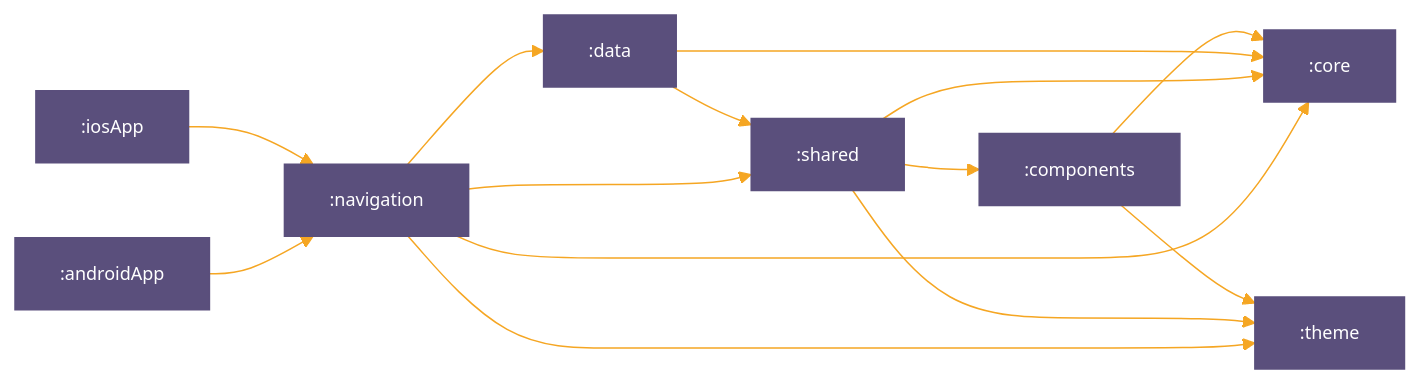
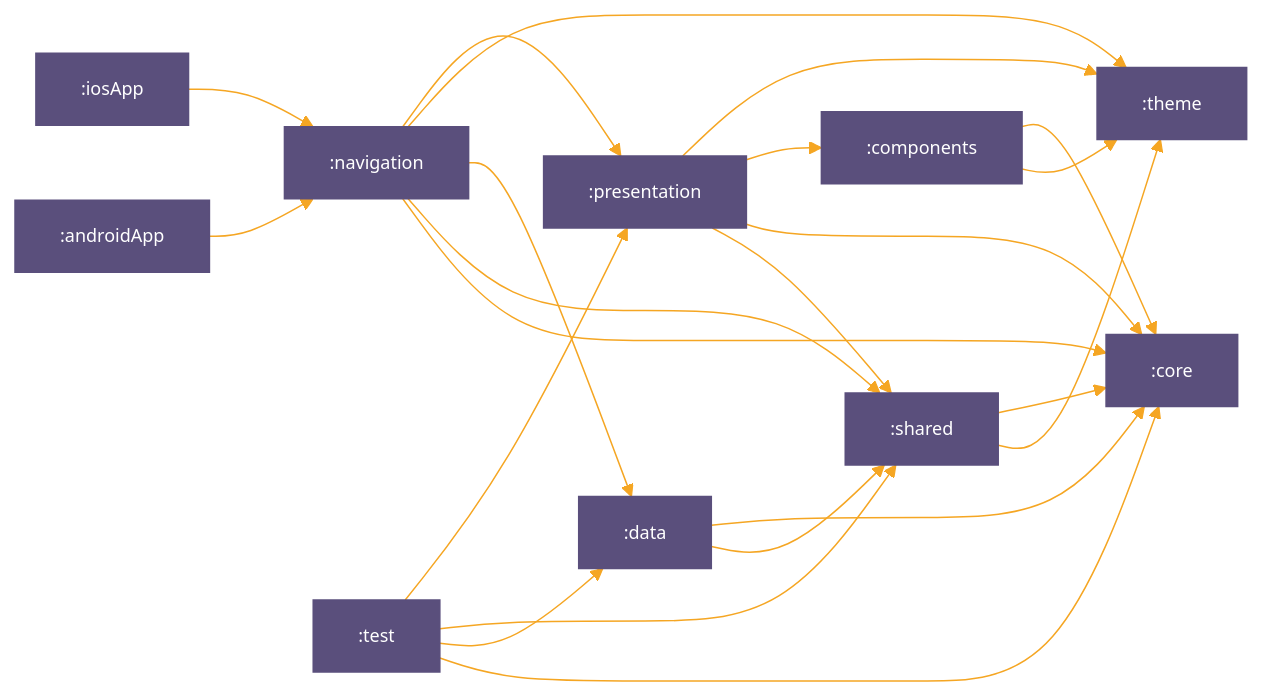
The diagram in README.md (daviekimgithub/expense-tracker-android), drawn with Mermaid before and after one commit.

Commit message:
Update Graph

````diff
--- a/README.md
+++ b/README.md
@@ -63,23 +63,31 @@
 ```mermaid
 %%{
   init: {
     'theme': 'base',
     'themeVariables': {"primaryTextColor":"#fff","primaryColor":"#5a4f7c","primaryBorderColor":"#5a4f7c","lineColor":"#f5a623","tertiaryColor":"#40375c","fontSize":"12px"}
   }
 }%%
 
 graph LR
   :navigation --> :core
   :navigation --> :shared
   :navigation --> :data
   :navigation --> :theme
+  :navigation --> :presentation
   :shared --> :theme
   :shared --> :core
-  :shared --> :components
   :androidApp --> :navigation
   :iosApp --> :navigation
+  :test --> :core
+  :test --> :data
+  :test --> :shared
+  :test --> :presentation
   :data --> :shared
   :data --> :core
   :components --> :theme
   :components --> :core
+  :presentation --> :shared
+  :presentation --> :core
+  :presentation --> :components
+  :presentation --> :theme
 ```
````
